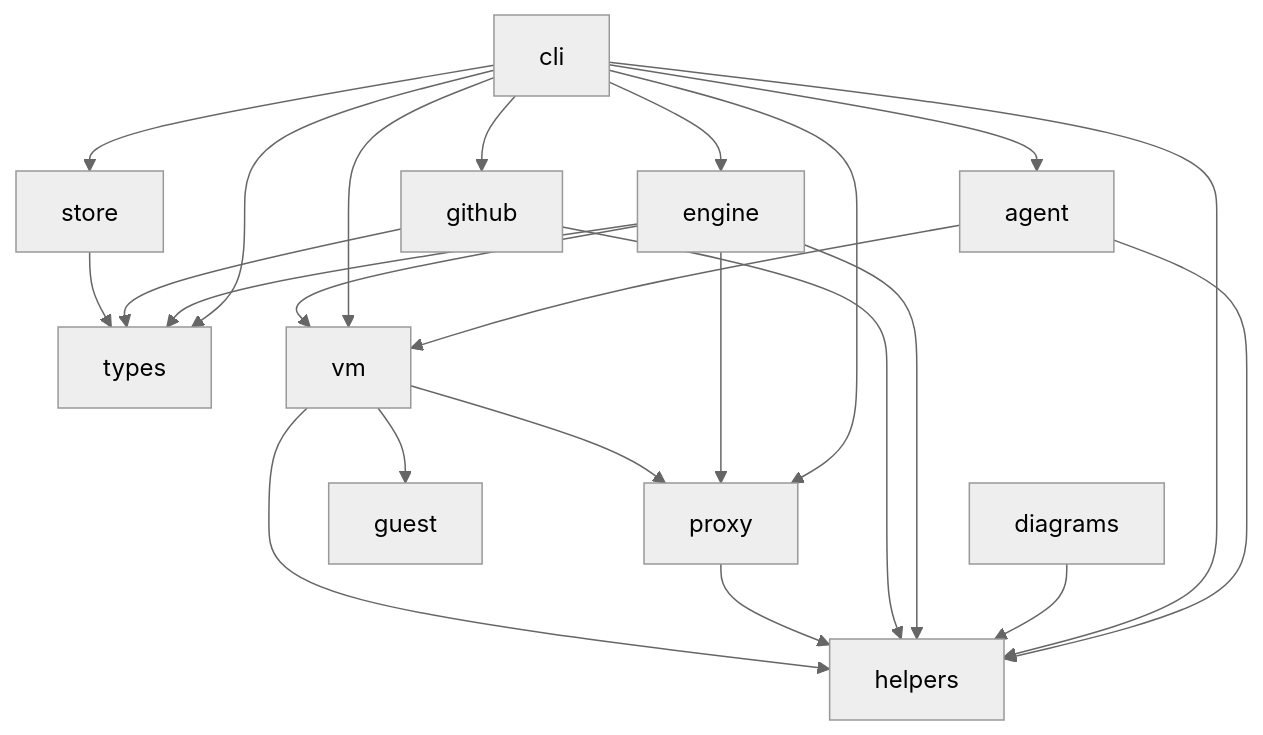
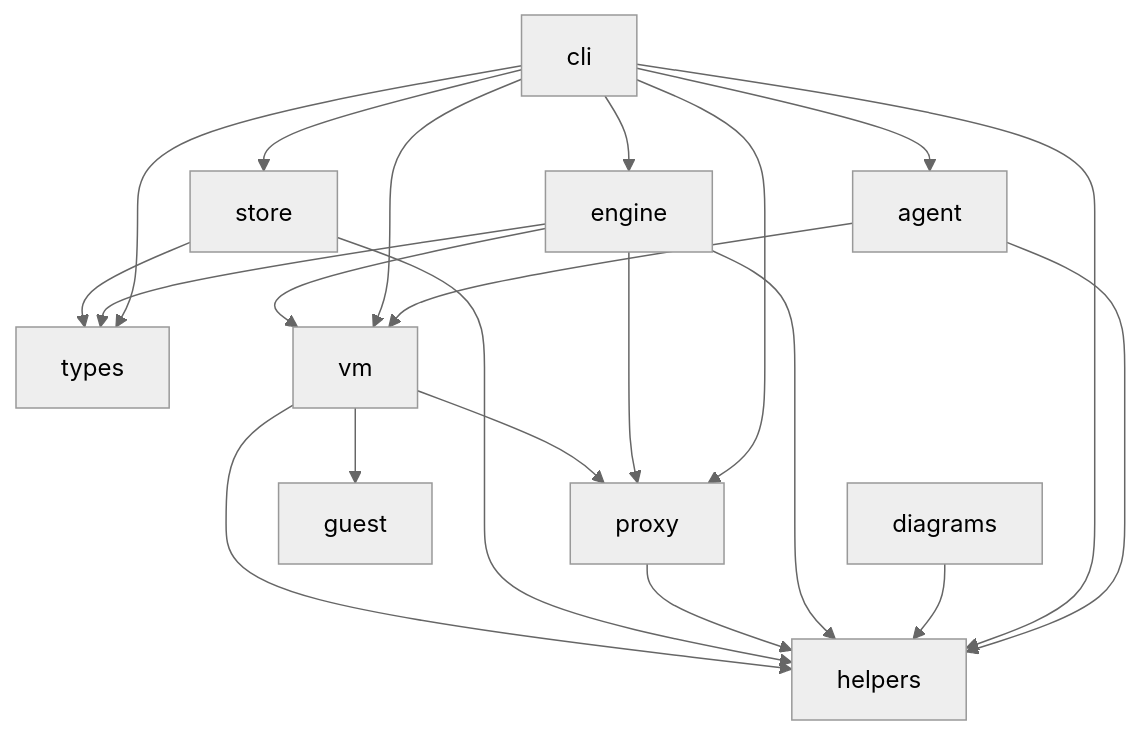
The diagram in docs/crates.md (KombuseLabs/kai), drawn with Mermaid (neutral theme) before and after one commit. The commit also changed 32 other files, not shown here.

````diff
--- a/docs/crates.md
+++ b/docs/crates.md
@@ -9,37 +9,34 @@
 ```mermaid
 %% generated by crates/diagrams/tests/crates.rs; do not edit
 flowchart TD
     agent
     cli
     diagrams
     engine
-    github
     guest
     helpers
     proxy
     store
     types
     vm
     agent --> helpers
     agent --> vm
     cli --> agent
     cli --> engine
-    cli --> github
     cli --> helpers
     cli --> proxy
     cli --> store
     cli --> types
     cli --> vm
     diagrams --> helpers
     engine --> helpers
     engine --> proxy
     engine --> types
     engine --> vm
-    github --> helpers
-    github --> types
     proxy --> helpers
+    store --> helpers
     store --> types
     vm --> guest
     vm --> helpers
     vm --> proxy
 ```
````
